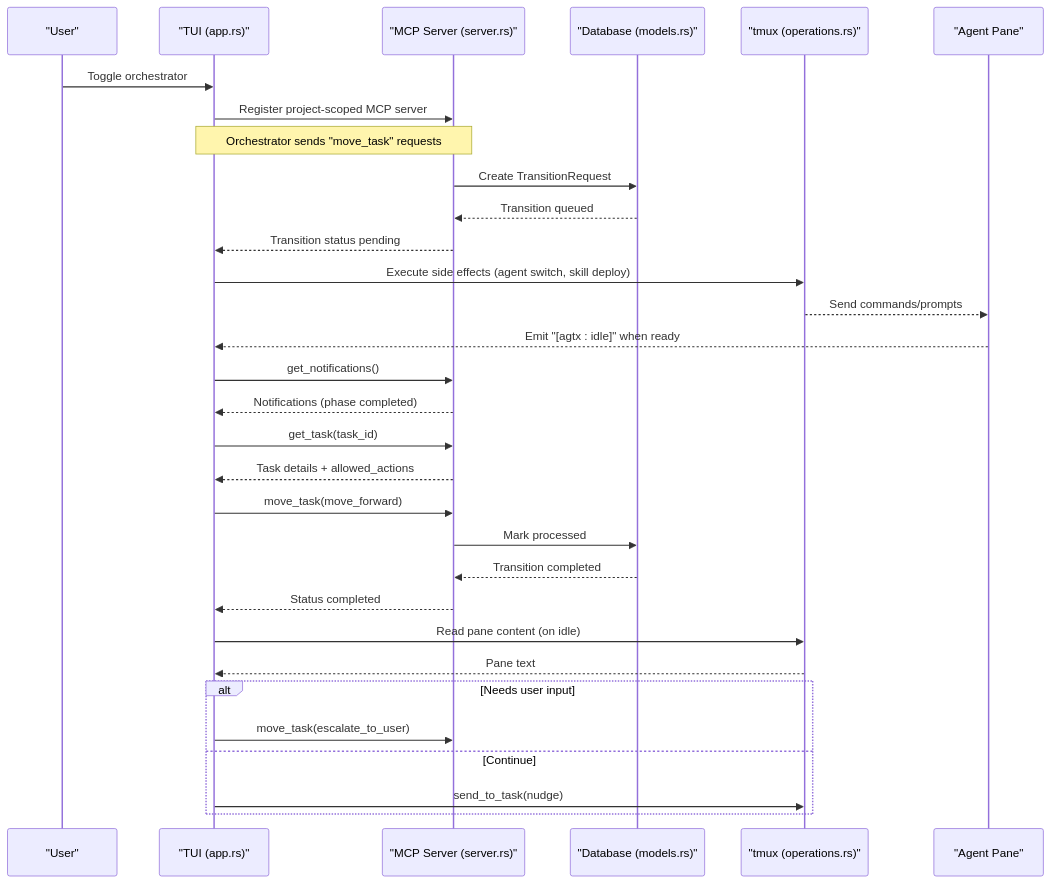
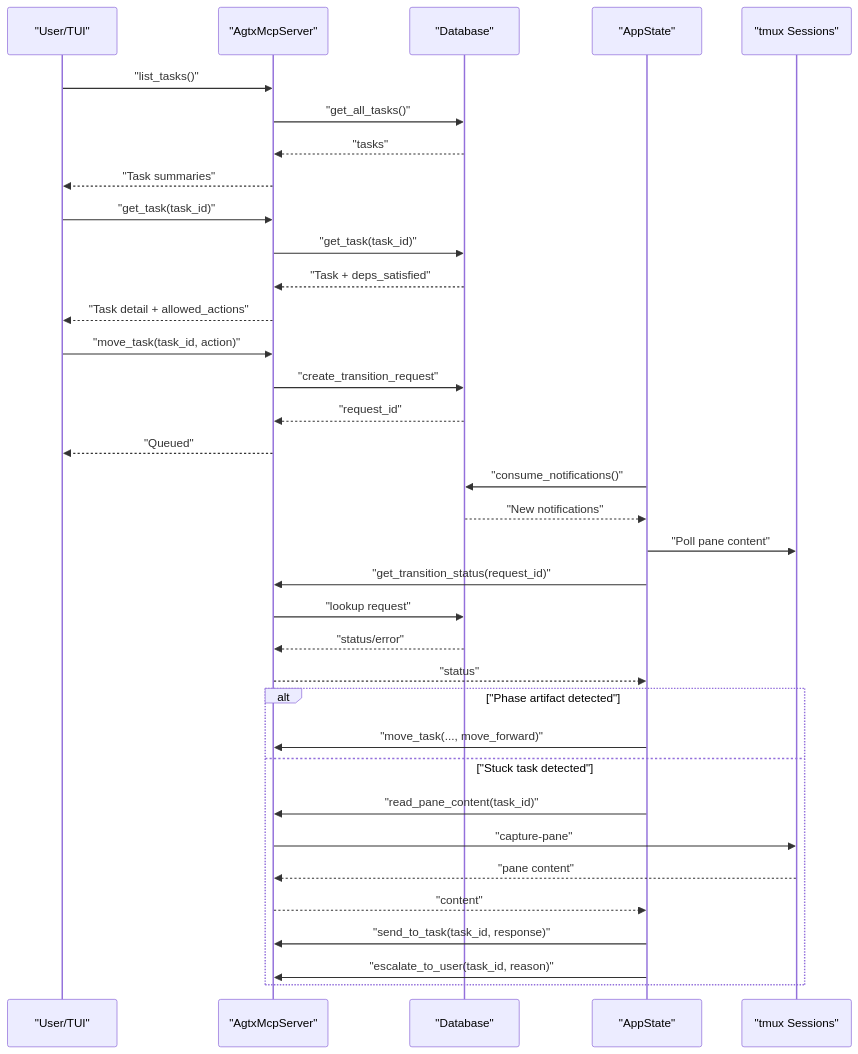
Before and after one commit to bramburn/agtx: the second of 7 diagrams in .qoder/repowiki/en/content/Advanced Features/Orchestrator Agent.md, drawn with Mermaid. The commit also changed other lines of this file and 140 other files, not shown here.

````diff
--- a/.qoder/repowiki/en/content/Advanced Features/Orchestrator Agent.md
+++ b/.qoder/repowiki/en/content/Advanced Features/Orchestrator Agent.md
@@ -104,33 +100,37 @@
 ```mermaid
 sequenceDiagram
-participant User as "User"
-participant TUI as "TUI (app.rs)"
-participant MCP as "MCP Server (server.rs)"
-participant DB as "Database (models.rs)"
-participant TMUX as "tmux (operations.rs)"
-participant Agent as "Agent Pane"
-User->>TUI : Toggle orchestrator
-TUI->>MCP : Register project-scoped MCP server
-Note over TUI,MCP : Orchestrator sends "move_task" requests
-MCP->>DB : Create TransitionRequest
-DB-->>MCP : Transition queued
-MCP-->>TUI : Transition status pending
-TUI->>TMUX : Execute side effects (agent switch, skill deploy)
-TMUX-->>Agent : Send commands/prompts
-Agent-->>TUI : Emit "[agtx : idle]" when ready
-TUI->>MCP : get_notifications()
-MCP-->>TUI : Notifications (phase completed)
-TUI->>MCP : get_task(task_id)
-MCP-->>TUI : Task details + allowed_actions
-TUI->>MCP : move_task(move_forward)
-MCP->>DB : Mark processed
-DB-->>MCP : Transition completed
-MCP-->>TUI : Status completed
-TUI->>TMUX : Read pane content (on idle)
-TMUX-->>TUI : Pane text
-alt Needs user input
-TUI->>MCP : move_task(escalate_to_user)
-else Continue
-TUI->>TMUX : send_to_task(nudge)
+participant User as "User/TUI"
+participant MCP as "AgtxMcpServer"
+participant DB as "Database"
+participant TUI as "AppState"
+participant TMUX as "tmux Sessions"
+User->>MCP : "list_tasks()"
+MCP->>DB : "get_all_tasks()"
+DB-->>MCP : "tasks"
+MCP-->>User : "Task summaries"
+User->>MCP : "get_task(task_id)"
+MCP->>DB : "get_task(task_id)"
+DB-->>MCP : "Task + deps_satisfied"
+MCP-->>User : "Task detail + allowed_actions"
+User->>MCP : "move_task(task_id, action)"
+MCP->>DB : "create_transition_request"
+DB-->>MCP : "request_id"
+MCP-->>User : "Queued"
+TUI->>DB : "consume_notifications()"
+DB-->>TUI : "New notifications"
+TUI->>TMUX : "Poll pane content"
+TUI->>MCP : "get_transition_status(request_id)"
+MCP->>DB : "lookup request"
+DB-->>MCP : "status/error"
+MCP-->>TUI : "status"
+alt "Phase artifact detected"
+TUI->>MCP : "move_task(..., move_forward)"
+else "Stuck task detected"
+TUI->>MCP : "read_pane_content(task_id)"
+MCP->>TMUX : "capture-pane"
+TMUX-->>MCP : "pane content"
+MCP-->>TUI : "content"
+TUI->>MCP : "send_to_task(task_id, response)"
+TUI->>MCP : "escalate_to_user(task_id, reason)"
 end
 ```
````
